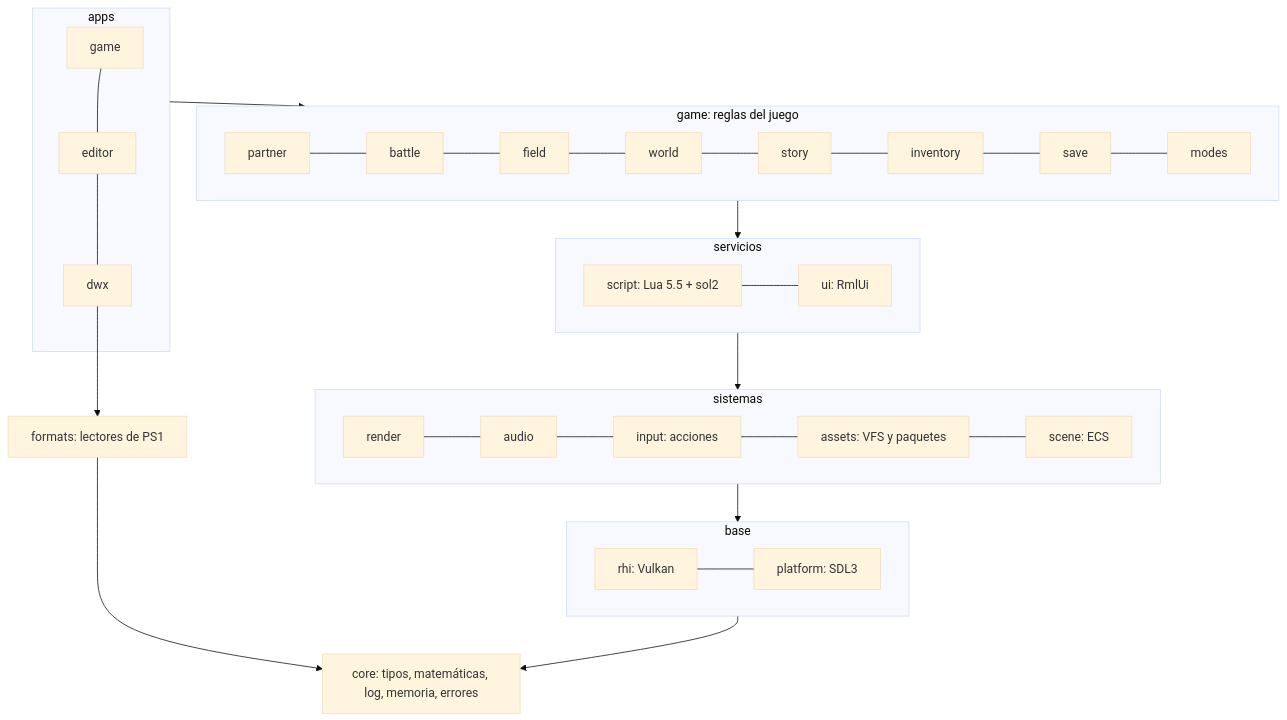
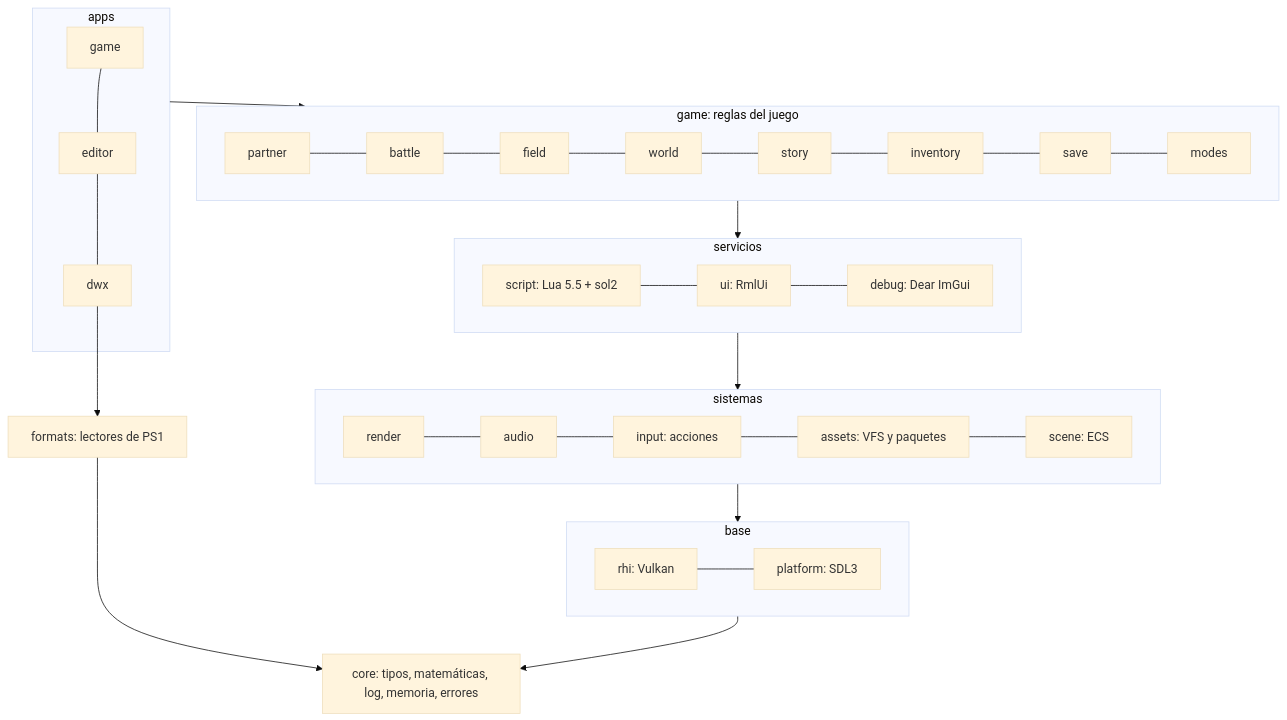
The second of 2 diagrams in docs/architecture/overview.md (Indie-Modding-Games/dw-engine), drawn with Mermaid (base theme) before and after one commit. The commit also changed other lines of this file and 9 other files, not shown here.

````diff
--- a/docs/architecture/overview.md
+++ b/docs/architecture/overview.md
@@ -48,23 +48,23 @@
 ```mermaid
 flowchart TB
     subgraph apps[apps]
         game_app[game] --- editor[editor] --- dwx[dwx]
     end
     subgraph gameplay[game: reglas del juego]
         partner --- battle --- field --- world --- story --- inventory --- save --- modes
     end
     subgraph services[servicios]
-        script[script: Lua 5.5 + sol2] --- ui[ui: RmlUi]
+        script[script: Lua 5.5 + sol2] --- ui[ui: RmlUi] --- debug[debug: Dear ImGui]
     end
     subgraph systems[sistemas]
         render --- audio --- input[input: acciones] --- assets[assets: VFS y paquetes] --- scene[scene: ECS]
     end
     subgraph base[base]
         rhi[rhi: Vulkan] --- platform[platform: SDL3]
     end
     core[core: tipos, matemáticas, log, memoria, errores]
     formats[formats: lectores de PS1]
 
     apps --> gameplay --> services --> systems --> base --> core
     dwx --> formats --> core
 ```
````
